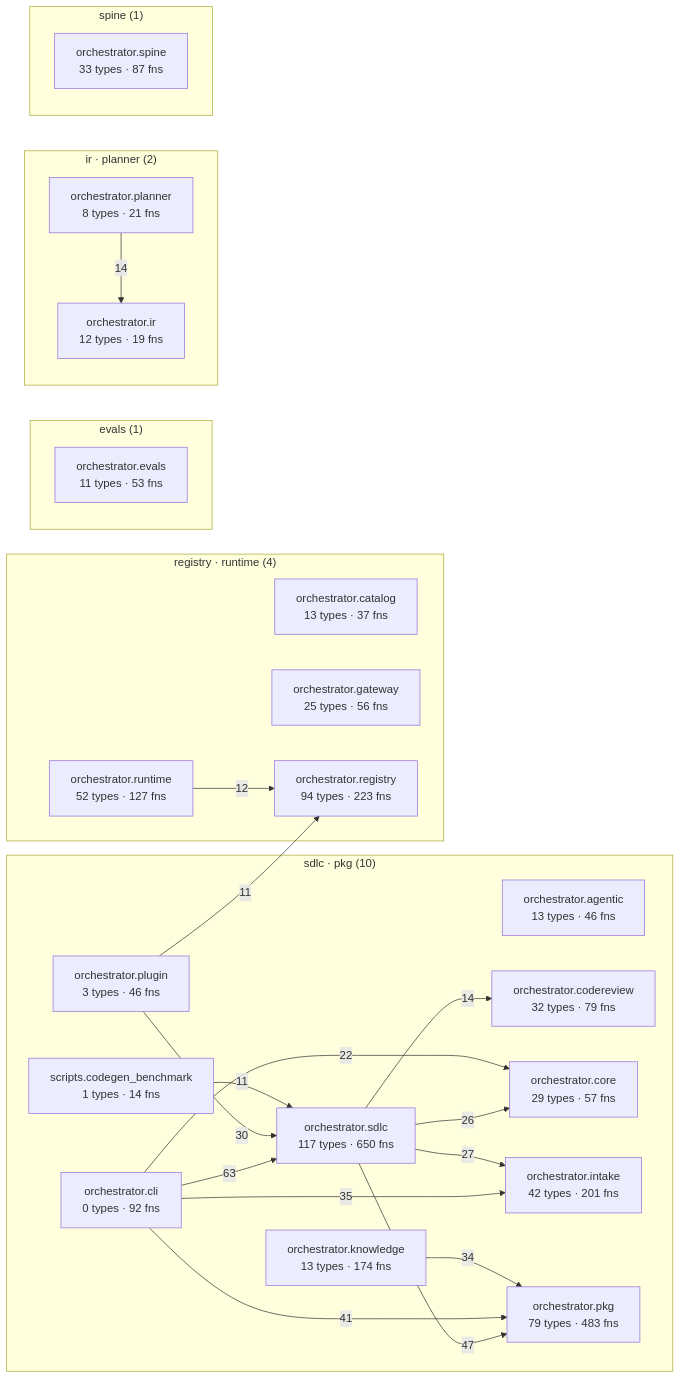
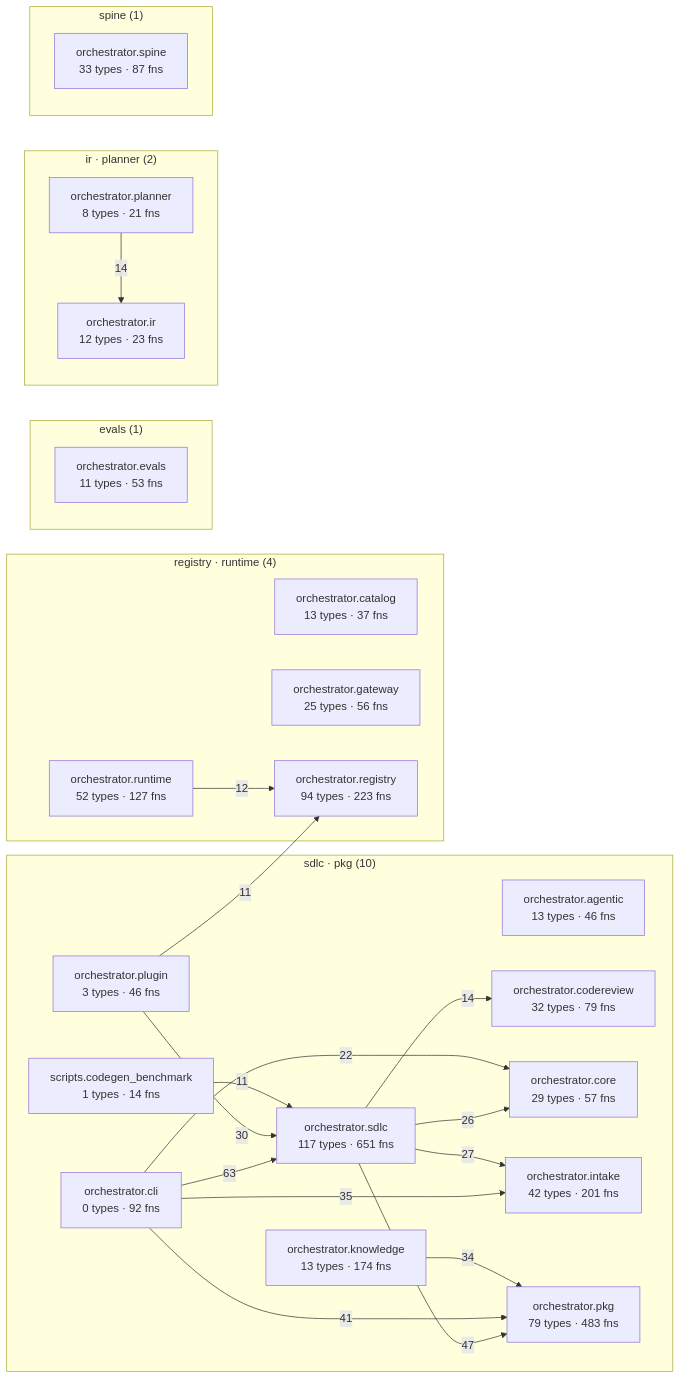
One commit to synaptixs/spine changed the diagram in episteme/architecture.md. Above: the diagram before and after it, drawn with Mermaid. The commit also changed other lines of this file and 40 other files, not shown here.

````diff
--- a/episteme/architecture.md
+++ b/episteme/architecture.md
@@ -54,45 +54,45 @@
 ```mermaid
 flowchart LR
   subgraph c_1["sdlc · pkg (10)"]
     aorchestratoragentic["orchestrator.agentic<br/>13 types · 46 fns"]
     aorchestratorcli["orchestrator.cli<br/>0 types · 92 fns"]
     aorchestratorcodereview["orchestrator.codereview<br/>32 types · 79 fns"]
     aorchestratorcore["orchestrator.core<br/>29 types · 57 fns"]
     aorchestratorintake["orchestrator.intake<br/>42 types · 201 fns"]
     aorchestratorknowledge["orchestrator.knowledge<br/>13 types · 174 fns"]
     aorchestratorpkg["orchestrator.pkg<br/>79 types · 483 fns"]
     aorchestratorplugin["orchestrator.plugin<br/>3 types · 46 fns"]
-    aorchestratorsdlc["orchestrator.sdlc<br/>117 types · 650 fns"]
+    aorchestratorsdlc["orchestrator.sdlc<br/>117 types · 651 fns"]
     ascriptscodegenbenchmark["scripts.codegen_benchmark<br/>1 types · 14 fns"]
   end
   subgraph c_3["registry · runtime (4)"]
     aorchestratorcatalog["orchestrator.catalog<br/>13 types · 37 fns"]
     aorchestratorgateway["orchestrator.gateway<br/>25 types · 56 fns"]
     aorchestratorregistry["orchestrator.registry<br/>94 types · 223 fns"]
     aorchestratorruntime["orchestrator.runtime<br/>52 types · 127 fns"]
   end
   subgraph c_5["evals (1)"]
     aorchestratorevals["orchestrator.evals<br/>11 types · 53 fns"]
   end
   subgraph c_7["ir · planner (2)"]
-    aorchestratorir["orchestrator.ir<br/>12 types · 19 fns"]
+    aorchestratorir["orchestrator.ir<br/>12 types · 23 fns"]
     aorchestratorplanner["orchestrator.planner<br/>8 types · 21 fns"]
   end
   subgraph c_10["spine (1)"]
     aorchestratorspine["orchestrator.spine<br/>33 types · 87 fns"]
   end
   aorchestratorcli -->|63| aorchestratorsdlc
   aorchestratorsdlc -->|47| aorchestratorpkg
   aorchestratorcli -->|41| aorchestratorpkg
   aorchestratorcli -->|35| aorchestratorintake
   aorchestratorknowledge -->|34| aorchestratorpkg
   aorchestratorplugin -->|30| aorchestratorsdlc
   aorchestratorsdlc -->|27| aorchestratorintake
   aorchestratorsdlc -->|26| aorchestratorcore
   aorchestratorcli -->|22| aorchestratorcore
   aorchestratorplanner -->|14| aorchestratorir
   aorchestratorsdlc -->|14| aorchestratorcodereview
   aorchestratorruntime -->|12| aorchestratorregistry
   ascriptscodegenbenchmark -->|11| aorchestratorsdlc
   aorchestratorplugin -->|11| aorchestratorregistry
 ```
````
